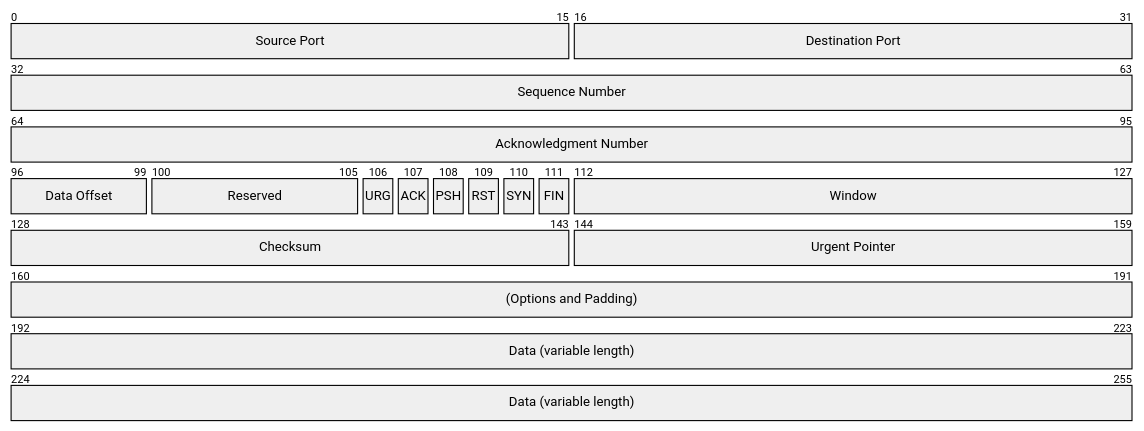
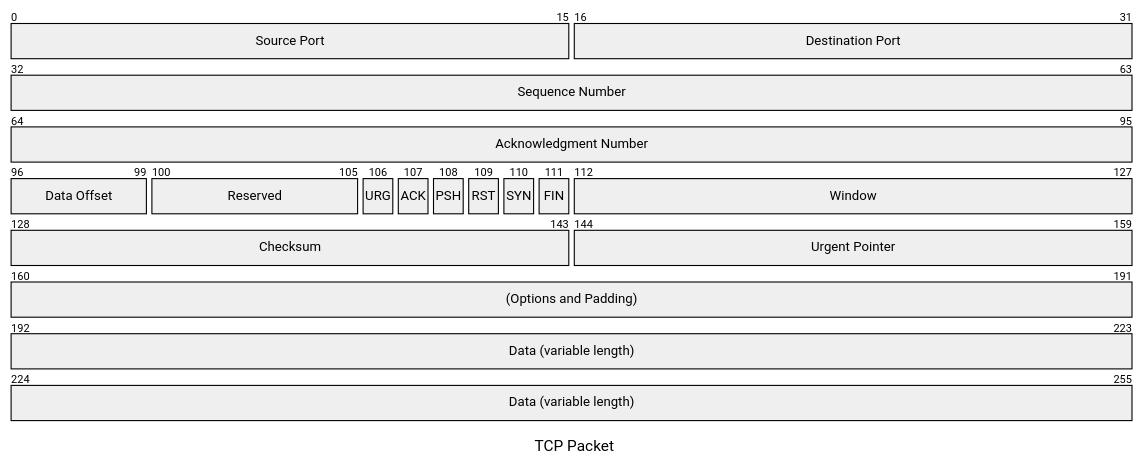
One commit to xiaodongQ/xiaodongq.github.io changed the sixth of 11 diagrams in _posts/2025-06-04-tools-mermaid.md. Above: the diagram before and after it, drawn with Mermaid. The commit also changed other lines of this file, not shown here.

````diff
--- a/_posts/2025-06-04-tools-mermaid.md
+++ b/_posts/2025-06-04-tools-mermaid.md
@@ -292,26 +272,23 @@
 ```mermaid
----
-mermaid: true
----
 ---
 title: "TCP Packet"
 ---
 packet-beta
 0-15: "Source Port"
 16-31: "Destination Port"
 32-63: "Sequence Number"
 64-95: "Acknowledgment Number"
 96-99: "Data Offset"
 100-105: "Reserved"
 106: "URG"
 107: "ACK"
 108: "PSH"
 109: "RST"
 110: "SYN"
 111: "FIN"
 112-127: "Window"
 128-143: "Checksum"
 144-159: "Urgent Pointer"
 160-191: "(Options and Padding)"
 192-255: "Data (variable length)"
 ```
````
